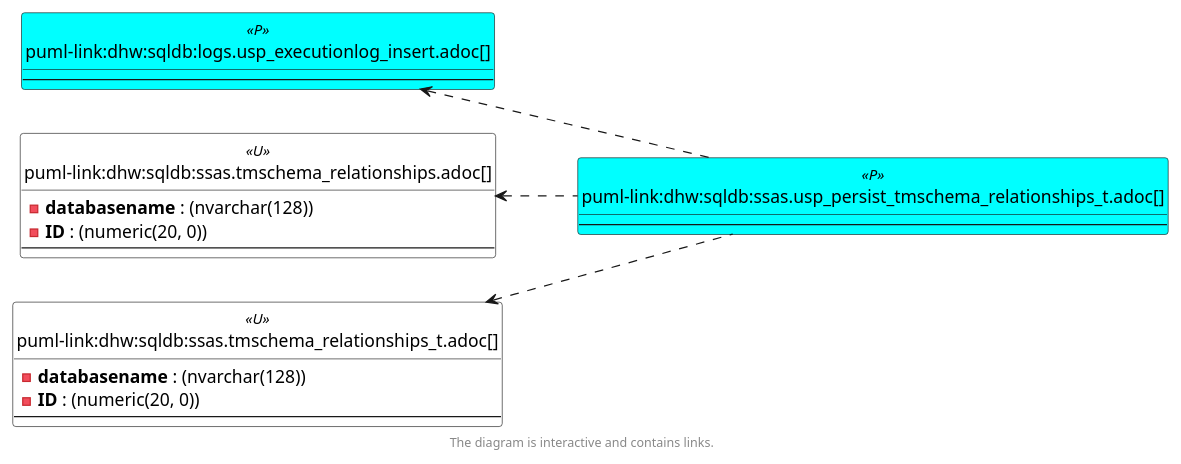
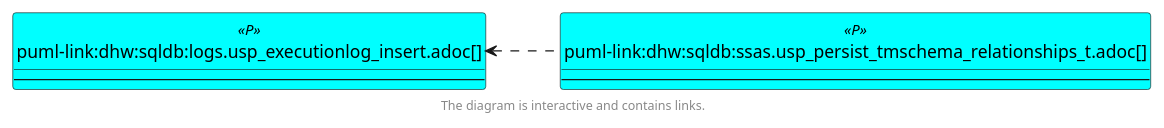
Before and after one commit to DataHandwerk/dhw-antora-sqldb: the third of 6 diagrams in docs/modules/sqldb/partials/content/ssas.usp_persist_tmschema_relationships_t.adoc, drawn with PlantUML. The commit also changed other lines of this file and 751 other files, not shown here.

```diff
--- a/docs/modules/sqldb/partials/content/ssas.usp_persist_tmschema_relationships_t.adoc
+++ b/docs/modules/sqldb/partials/content/ssas.usp_persist_tmschema_relationships_t.adoc
@@ -685,58 +680,44 @@
 [plantuml, entity_1_1_objectref-{docname}, svg, subs=macros]
 ....
 @startuml
 left to right direction
 'top to bottom direction
 hide circle
 'avoide "." issues:
 set namespaceSeparator none
 
 
 skinparam class {
   BackgroundColor White
   BackgroundColor<<FN>> Yellow
   BackgroundColor<<FS>> Yellow
   BackgroundColor<<FT>> LightGray
   BackgroundColor<<IF>> Yellow
   BackgroundColor<<IS>> Yellow
   BackgroundColor<<P>>  Aqua
   BackgroundColor<<PC>> Aqua
   BackgroundColor<<SN>> Yellow
   BackgroundColor<<SO>> SlateBlue
   BackgroundColor<<TF>> LightGray
   BackgroundColor<<TR>> Tomato
   BackgroundColor<<U>>  White
   BackgroundColor<<V>>  WhiteSmoke
   BackgroundColor<<X>>  Aqua
   BackgroundColor<<external>> AliceBlue
 }
 
 
 entity "puml-link:dhw:sqldb:logs.usp_executionlog_insert.adoc[]" as logs.usp_ExecutionLog_insert << P >> {
   --
 }
 
-entity "puml-link:dhw:sqldb:ssas.tmschema_relationships.adoc[]" as ssas.TMSCHEMA_RELATIONSHIPS << U >> {
-  - **databasename** : (nvarchar(128))
-  - **ID** : (numeric(20, 0))
-  --
-}
-
-entity "puml-link:dhw:sqldb:ssas.tmschema_relationships_t.adoc[]" as ssas.TMSCHEMA_RELATIONSHIPS_T << U >> {
-  - **databasename** : (nvarchar(128))
-  - **ID** : (numeric(20, 0))
-  --
-}
-
 entity "puml-link:dhw:sqldb:ssas.usp_persist_tmschema_relationships_t.adoc[]" as ssas.usp_PERSIST_TMSCHEMA_RELATIONSHIPS_T << P >> {
   --
 }
 
 logs.usp_ExecutionLog_insert <.. ssas.usp_PERSIST_TMSCHEMA_RELATIONSHIPS_T
-ssas.TMSCHEMA_RELATIONSHIPS <.. ssas.usp_PERSIST_TMSCHEMA_RELATIONSHIPS_T
-ssas.TMSCHEMA_RELATIONSHIPS_T <.. ssas.usp_PERSIST_TMSCHEMA_RELATIONSHIPS_T
 
 footer The diagram is interactive and contains links.
 
 @enduml
 ....
```
